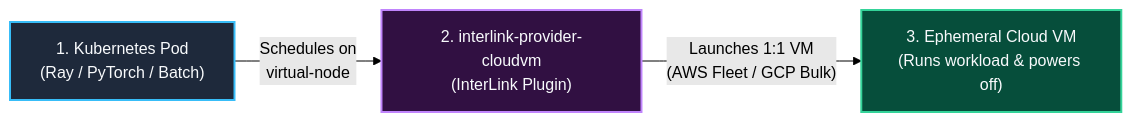
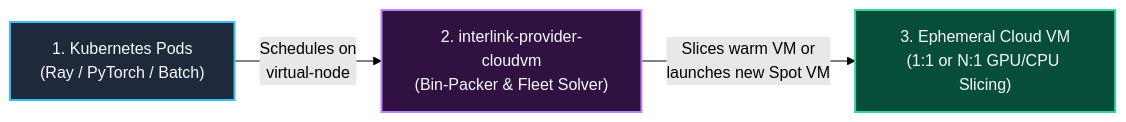
One commit to simonepri/interlink-cloudvm-plugin changed the first of 8 diagrams in readme.md. Above: the diagram before and after it, drawn with Mermaid (forest theme). The commit also changed other lines of this file and 4 other files, not shown here.

````diff
--- a/readme.md
+++ b/readme.md
@@ -45,15 +45,15 @@
 ```mermaid
 flowchart LR
     classDef k8s fill:#1E293B,stroke:#38BDF8,stroke-width:2px,color:#F8FAFC
     classDef plugin fill:#311042,stroke:#C084FC,stroke-width:2px,color:#F8FAFC
     classDef cloud fill:#064E3B,stroke:#34D399,stroke-width:2px,color:#F8FAFC
 
-    A["1. Kubernetes Pod
+    A["1. Kubernetes Pods
 (Ray / PyTorch / Batch)"]:::k8s 
     -->|"Schedules on
 virtual-node"| B["2. interlink-provider-cloudvm
-(InterLink Plugin)"]:::plugin
-    -->|"Launches 1:1 VM
-(AWS Fleet / GCP Bulk)"| C["3. Ephemeral Cloud VM
-(Runs workload & powers off)"]:::cloud
+(Bin-Packer & Fleet Solver)"]:::plugin
+    -->|"Slices warm VM or
+launches new Spot VM"| C["3. Ephemeral Cloud VM
+(1:1 or N:1 GPU/CPU Slicing)"]:::cloud
 ```
````
